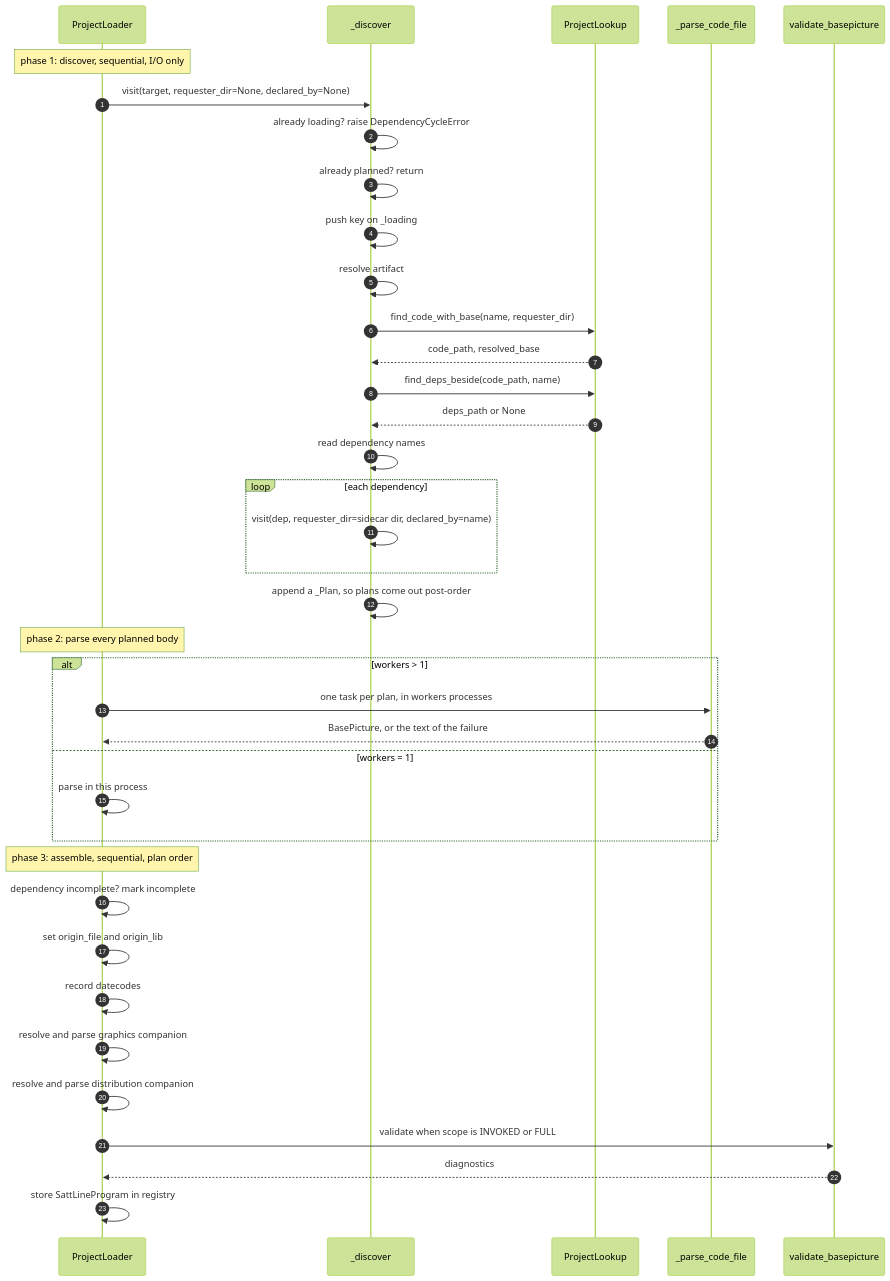
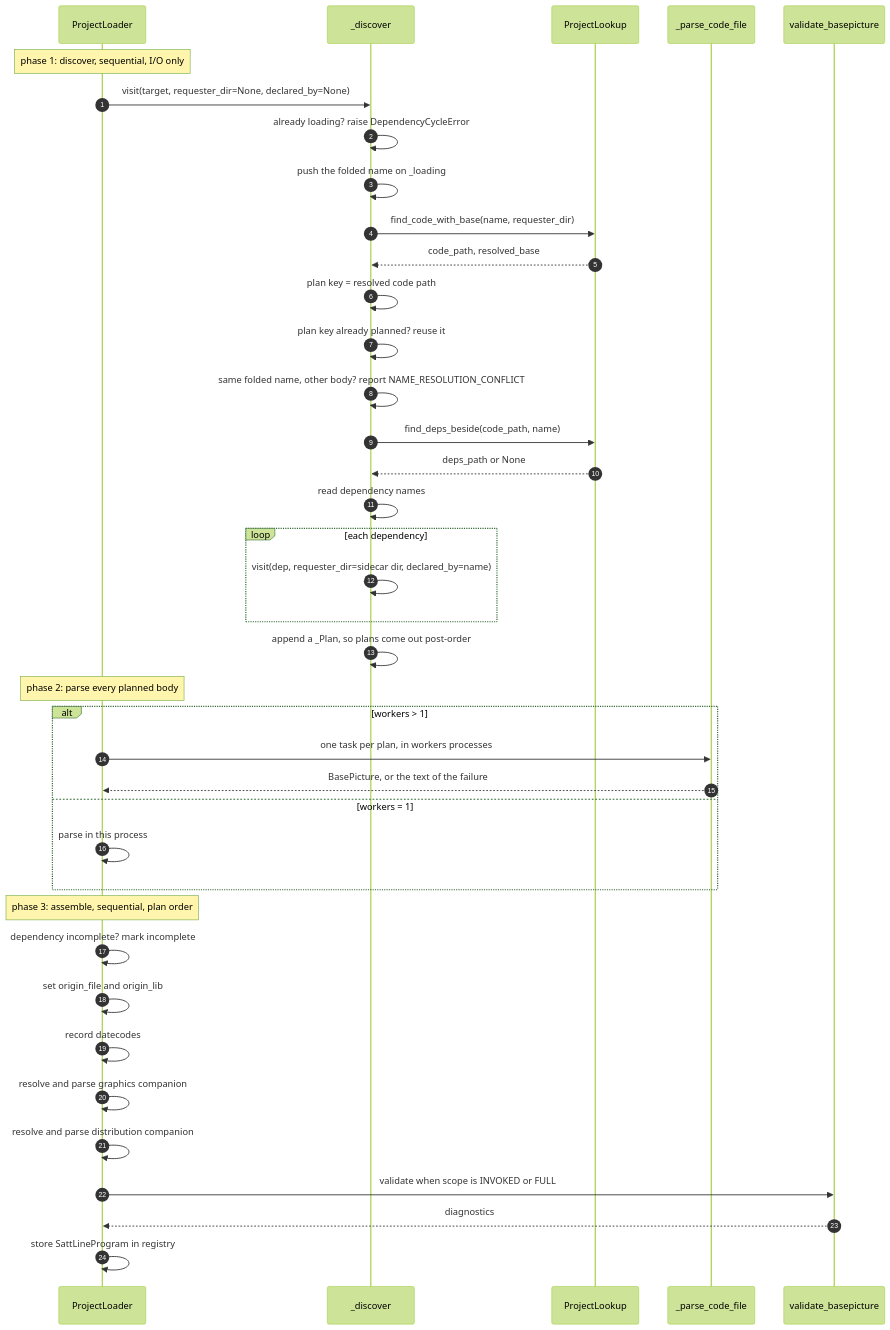
The third of 7 diagrams in docs/project.md (SorenHJohansen/sattline-parser), drawn with Mermaid (forest theme) before and after one commit. The commit also changed other lines of this file and 157 other files, not shown here.

````diff
--- a/docs/project.md
+++ b/docs/project.md
@@ -96,41 +110,42 @@
 ```mermaid
 sequenceDiagram
     autonumber
     participant L as ProjectLoader
     participant V as _discover
     participant F as ProjectLookup
     participant P as _parse_code_file
     participant VAL as validate_basepicture
 
     Note over L: phase 1: discover, sequential, I/O only
     L->>V: visit(target, requester_dir=None, declared_by=None)
     V->>V: already loading? raise DependencyCycleError
-    V->>V: already planned? return
-    V->>V: push key on _loading
-    V->>V: resolve artifact
+    V->>V: push the folded name on _loading
     V->>F: find_code_with_base(name, requester_dir)
     F-->>V: code_path, resolved_base
+    V->>V: plan key = resolved code path
+    V->>V: plan key already planned? reuse it
+    V->>V: same folded name, other body? report NAME_RESOLUTION_CONFLICT
     V->>F: find_deps_beside(code_path, name)
     F-->>V: deps_path or None
     V->>V: read dependency names
     loop each dependency
         V->>V: visit(dep, requester_dir=sidecar dir, declared_by=name)
     end
     V->>V: append a _Plan, so plans come out post-order
     Note over L: phase 2: parse every planned body
     alt workers > 1
         L->>P: one task per plan, in workers processes
         P-->>L: BasePicture, or the text of the failure
     else workers = 1
         L->>L: parse in this process
     end
     Note over L: phase 3: assemble, sequential, plan order
     L->>L: dependency incomplete? mark incomplete
     L->>L: set origin_file and origin_lib
     L->>L: record datecodes
     L->>L: resolve and parse graphics companion
     L->>L: resolve and parse distribution companion
     L->>VAL: validate when scope is INVOKED or FULL
     VAL-->>L: diagnostics
     L->>L: store SattLineProgram in registry
 ```
````
